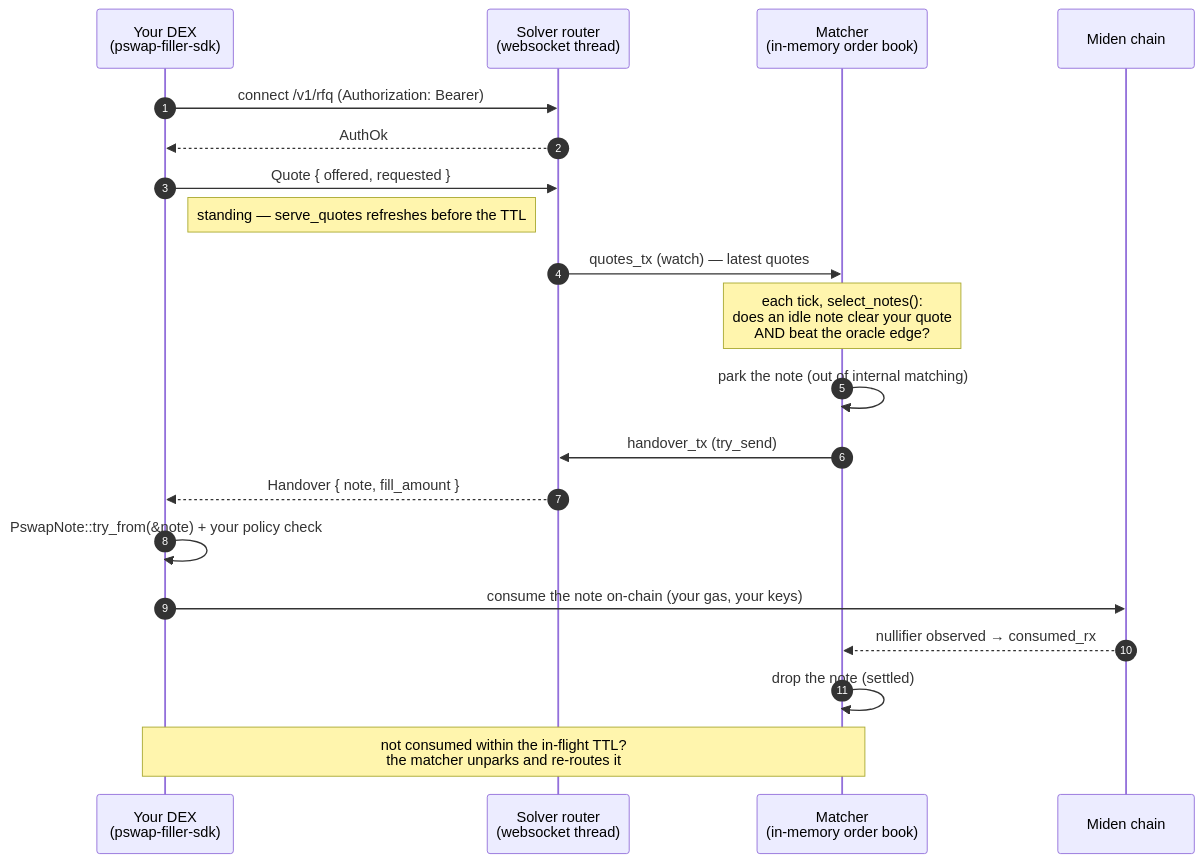
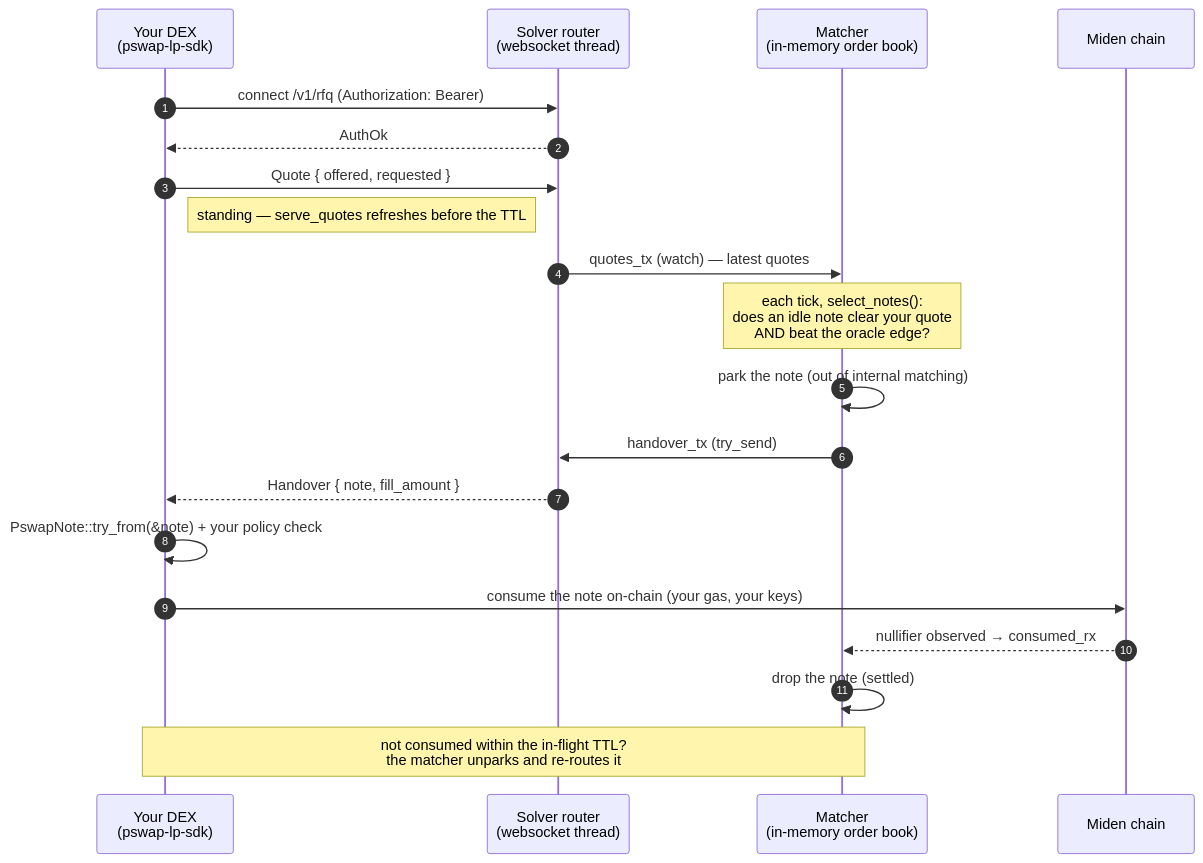
Before and after one commit to inicio-labs/solver: the diagram in docs/filler-integration.md, drawn with Mermaid. The commit also changed other lines of this file and 9 other files, not shown here.

First line of the commit message:
filler-sdk: rename crate to pswap-lp-sdk (PR #6 review)

````diff
--- a/docs/filler-integration.md
+++ b/docs/filler-integration.md
@@ -35,23 +35,23 @@
 ```mermaid
 sequenceDiagram
     autonumber
-    participant D as Your DEX<br/>(pswap-filler-sdk)
+    participant D as Your DEX<br/>(pswap-lp-sdk)
     participant R as Solver router<br/>(websocket thread)
     participant M as Matcher<br/>(in-memory order book)
     participant C as Miden chain
 
     D->>R: connect /v1/rfq (Authorization: Bearer)
     R-->>D: AuthOk
     D->>R: Quote { offered, requested }
     Note right of D: standing — serve_quotes refreshes before the TTL
     R->>M: quotes_tx (watch) — latest quotes
     Note over M: each tick, select_notes():<br/>does an idle note clear your quote<br/>AND beat the oracle edge?
     M->>M: park the note (out of internal matching)
     M->>R: handover_tx (try_send)
     R-->>D: Handover { note, fill_amount }
     D->>D: PswapNote::try_from(&note) + your policy check
     D->>C: consume the note on-chain (your gas, your keys)
     C-->>M: nullifier observed → consumed_rx
     M->>M: drop the note (settled)
     Note over D,M: not consumed within the in-flight TTL?<br/>the matcher unparks and re-routes it
 ```
````
